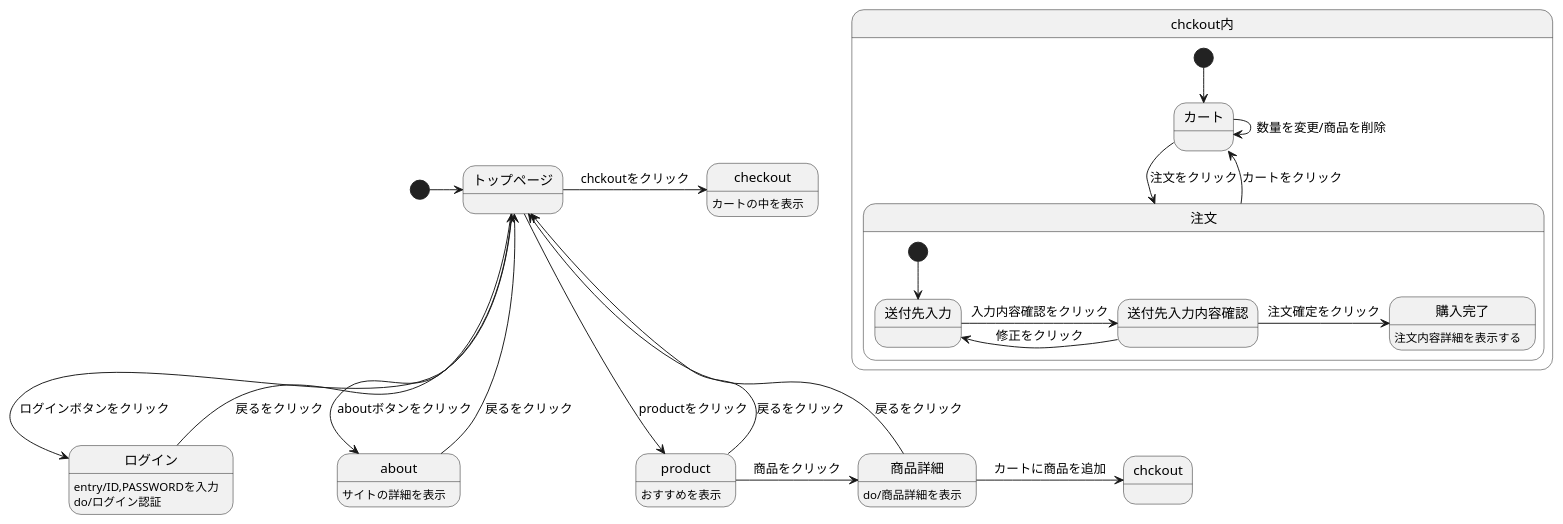
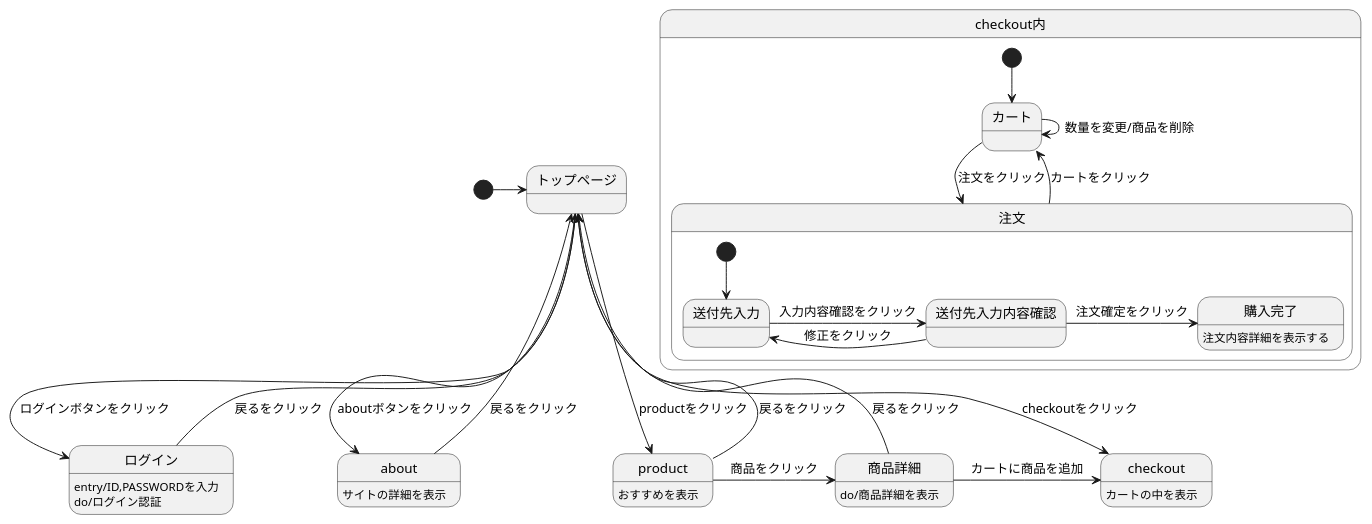
One commit to Aso2101121/2021sys-design-2 changed the diagram in modan.stw.md. Above: the diagram before and after it, drawn with PlantUML.

````diff
--- a/modan.stw.md
+++ b/modan.stw.md
@@ -1,35 +1,35 @@
 ```uml
 @startuml
 [*] -> トップページ
 トップページ -> ログイン : ログインボタンをクリック
 ログイン : entry/ID,PASSWORDを入力
 ログイン : do/ログイン認証
 ログイン --> トップページ : 戻るをクリック
 トップページ -> about : aboutボタンをクリック
 about : サイトの詳細を表示
 about --> トップページ : 戻るをクリック
 トップページ -> product : productをクリック
 product : おすすめを表示
 product --> トップページ : 戻るをクリック
 product -> 商品詳細 : 商品をクリック
 商品詳細 : do/商品詳細を表示
-商品詳細 -> chckout : カートに商品を追加
+商品詳細 -> checkout : カートに商品を追加
 商品詳細 --> トップページ : 戻るをクリック
-トップページ -> checkout : chckoutをクリック
+トップページ -> checkout : checkoutをクリック
 checkout : カートの中を表示
 
-state chckout内 {
+state checkout内 {
  [*] --> カート
  カート -> 注文 : 注文をクリック
  カート -> カート : 数量を変更/商品を削除
  注文 --> カート : カートをクリック
  state 注文 {
   [*] --> 送付先入力
   送付先入力 -> 送付先入力内容確認 : 入力内容確認をクリック
   送付先入力内容確認 -> 送付先入力 : 修正をクリック
   送付先入力内容確認 -> 購入完了 : 注文確定をクリック 
   購入完了 : 注文内容詳細を表示する
  }
 }
 @enduml
 ```
````
